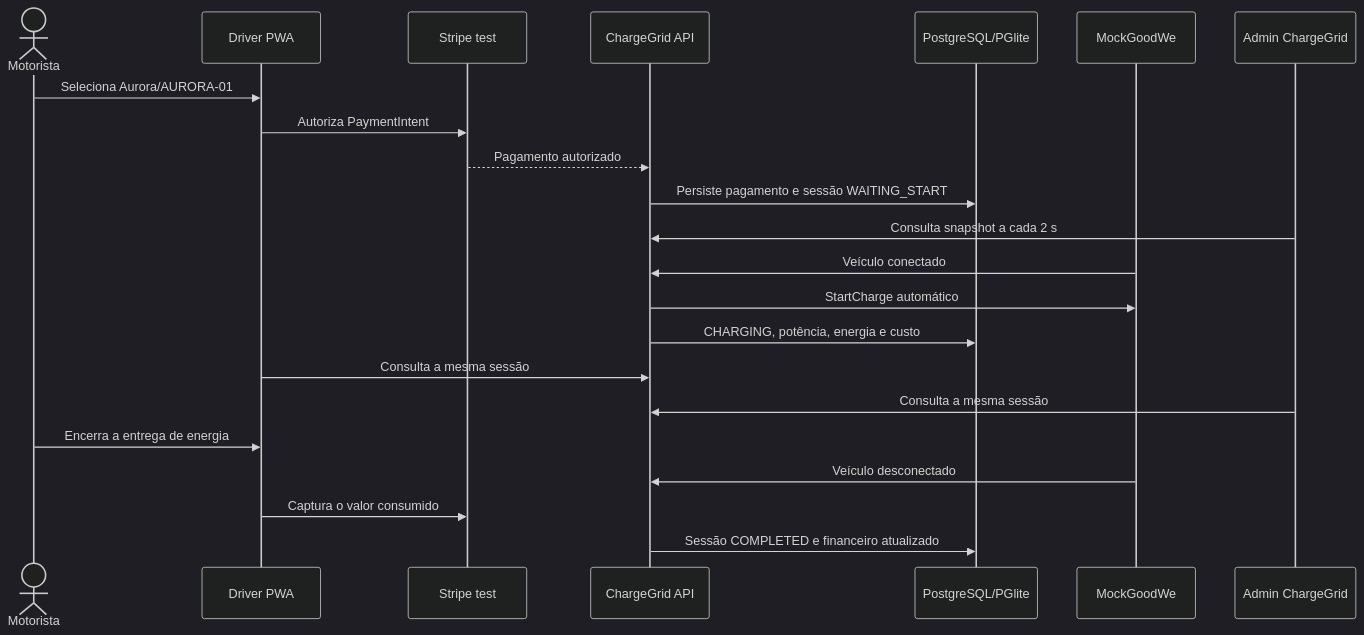
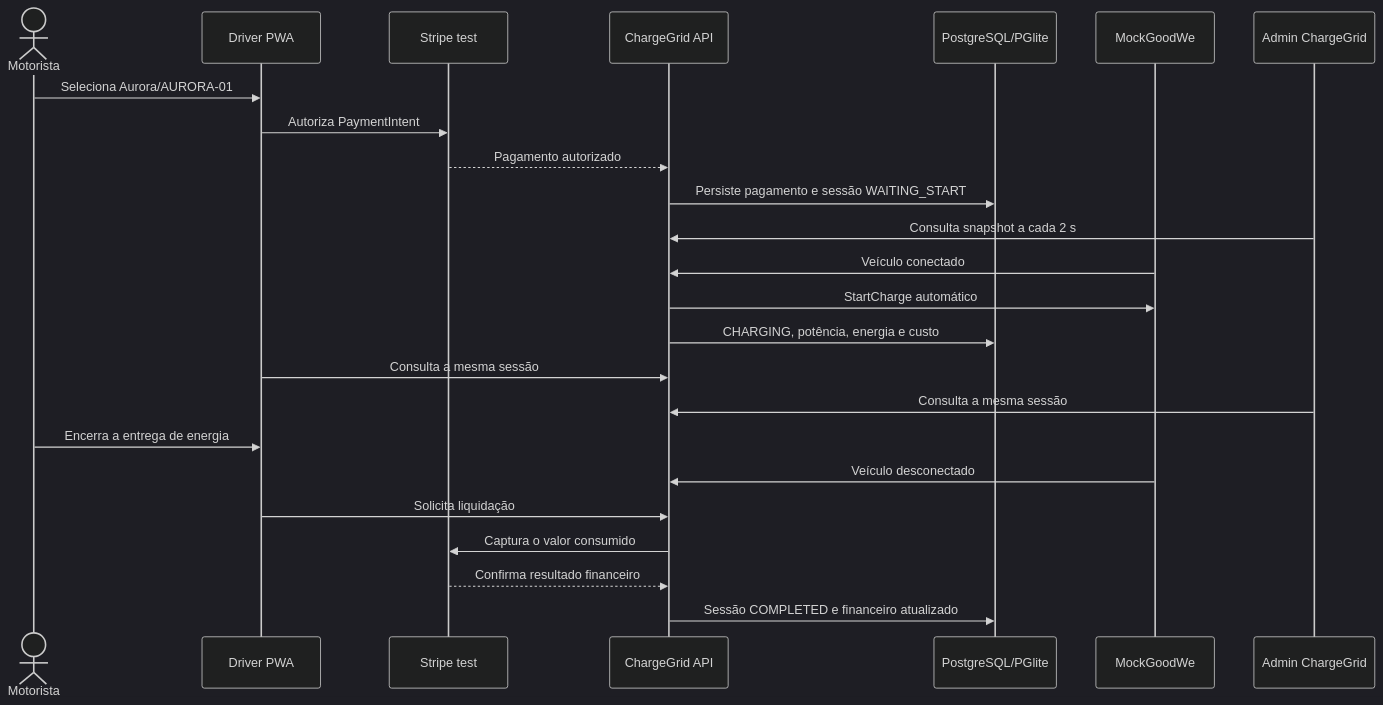
One commit to PtiagoM/Charge-Grid-Intelligence changed the second of 3 diagrams in README.md. Above: the diagram before and after it, drawn with Mermaid (dark theme). The commit also changed other lines of this file and 4 other files, not shown here.

````diff
--- a/README.md
+++ b/README.md
@@ -59,25 +170,27 @@
 ```mermaid
 sequenceDiagram
     actor Motorista
     participant PWA as Driver PWA
     participant Stripe as Stripe test
     participant API as ChargeGrid API
     participant DB as PostgreSQL/PGlite
     participant Lab as MockGoodWe
     participant Admin as Admin ChargeGrid
 
     Motorista->>PWA: Seleciona Aurora/AURORA-01
     PWA->>Stripe: Autoriza PaymentIntent
     Stripe-->>API: Pagamento autorizado
     API->>DB: Persiste pagamento e sessão WAITING_START
     Admin->>API: Consulta snapshot a cada 2 s
     Lab->>API: Veículo conectado
     API->>Lab: StartCharge automático
     API->>DB: CHARGING, potência, energia e custo
     PWA->>API: Consulta a mesma sessão
     Admin->>API: Consulta a mesma sessão
     Motorista->>PWA: Encerra a entrega de energia
     Lab->>API: Veículo desconectado
-    PWA->>Stripe: Captura o valor consumido
+    PWA->>API: Solicita liquidação
+    API->>Stripe: Captura o valor consumido
+    Stripe-->>API: Confirma resultado financeiro
     API->>DB: Sessão COMPLETED e financeiro atualizado
 ```
````
